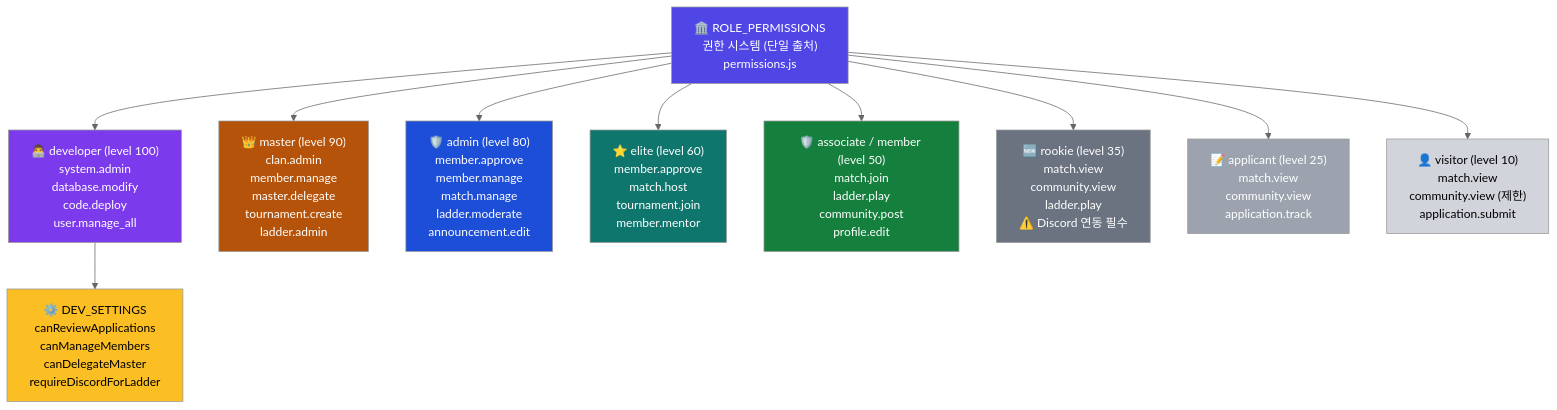
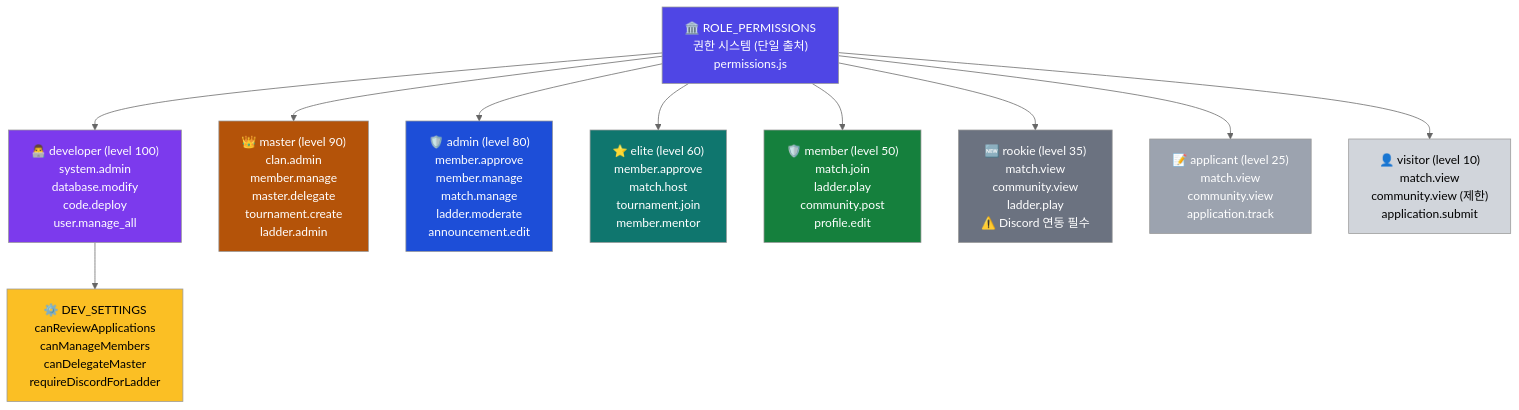
One commit to gkfla0720a/byclan-web changed the fourth of 8 diagrams in docs/VISUAL-DIAGRAMS.md. Above: the diagram before and after it, drawn with Mermaid (neutral theme). The commit also changed other lines of this file and 34 other files, not shown here.

````diff
--- a/docs/VISUAL-DIAGRAMS.md
+++ b/docs/VISUAL-DIAGRAMS.md
@@ -189,33 +187,33 @@
 ```mermaid
 graph TD
     ROOT["🏛️ ROLE_PERMISSIONS\n권한 시스템 (단일 출처)\npermissions.js"]
 
     ROOT --> DEV["👨‍💻 developer (level 100)\nsystem.admin\ndatabase.modify\ncode.deploy\nuser.manage_all"]
 
     ROOT --> MASTER["👑 master (level 90)\nclan.admin\nmember.manage\nmaster.delegate\ntournament.create\nladder.admin"]
 
     ROOT --> ADMIN["🛡️ admin (level 80)\nmember.approve\nmember.manage\nmatch.manage\nladder.moderate\nannouncement.edit"]
 
     ROOT --> ELITE["⭐ elite (level 60)\nmember.approve\nmatch.host\ntournament.join\nmember.mentor"]
 
-    ROOT --> ASSOC["🛡️ associate / member (level 50)\nmatch.join\nladder.play\ncommunity.post\nprofile.edit"]
+    ROOT --> MMBER["🛡️ member (level 50)\nmatch.join\nladder.play\ncommunity.post\nprofile.edit"]
 
     ROOT --> ROOKIE["🆕 rookie (level 35)\nmatch.view\ncommunity.view\nladder.play\n⚠️ Discord 연동 필수"]
 
     ROOT --> APPL["📝 applicant (level 25)\nmatch.view\ncommunity.view\napplication.track"]
 
     ROOT --> VISIT["👤 visitor (level 10)\nmatch.view\ncommunity.view (제한)\napplication.submit"]
 
     DEV --> DEV_NOTE["⚙️ DEV_SETTINGS\ncanReviewApplications\ncanManageMembers\ncanDelegateMaster\nrequireDiscordForLadder"]
 
     style ROOT fill:#4f46e5,color:#fff
     style DEV fill:#7c3aed,color:#fff
     style MASTER fill:#b45309,color:#fff
     style ADMIN fill:#1d4ed8,color:#fff
     style ELITE fill:#0f766e,color:#fff
-    style ASSOC fill:#15803d,color:#fff
+    style MMBER fill:#15803d,color:#fff
     style ROOKIE fill:#6b7280,color:#fff
     style APPL fill:#9ca3af,color:#fff
     style VISIT fill:#d1d5db
     style DEV_NOTE fill:#fbbf24
 ```
````
